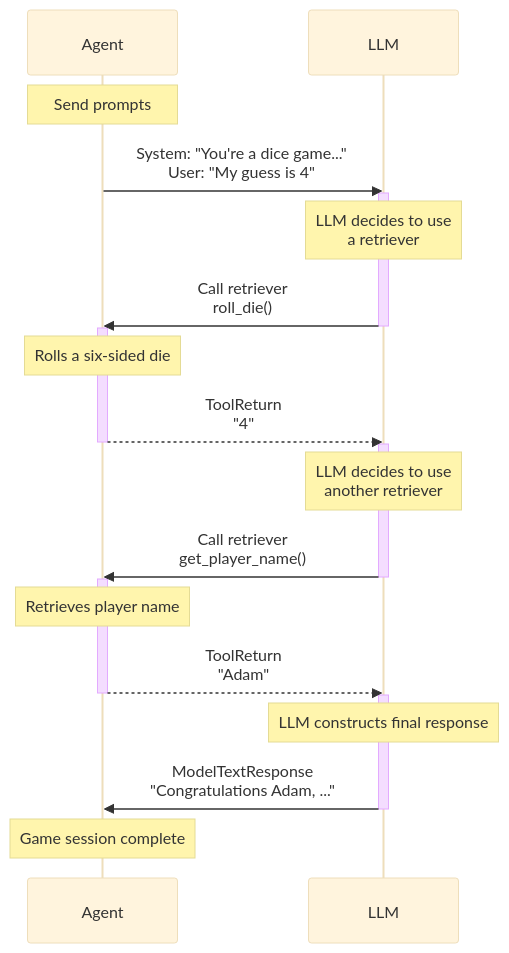
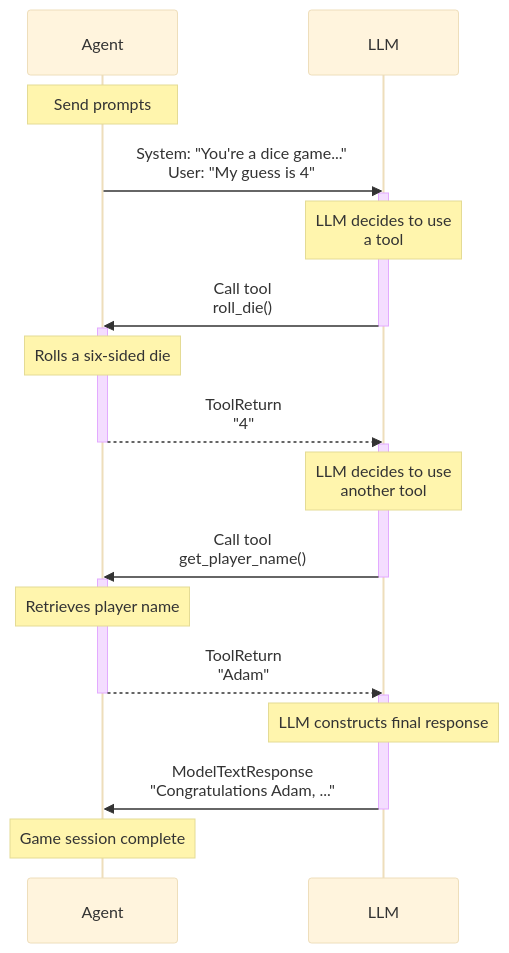
The diagram in docs/agents.md (pydantic/pydantic-ai), drawn with Mermaid (base theme) before and after one commit. The commit also changed other lines of this file and 29 other files, not shown here.

````diff
--- a/docs/agents.md
+++ b/docs/agents.md
@@ -292,33 +292,33 @@
 ```mermaid
 sequenceDiagram
     participant Agent
     participant LLM
 
     Note over Agent: Send prompts
     Agent ->> LLM: System: "You're a dice game..."<br>User: "My guess is 4"
     activate LLM
-    Note over LLM: LLM decides to use<br>a retriever
+    Note over LLM: LLM decides to use<br>a tool
 
-    LLM ->> Agent: Call retriever<br>roll_die()
+    LLM ->> Agent: Call tool<br>roll_die()
     deactivate LLM
     activate Agent
     Note over Agent: Rolls a six-sided die
 
     Agent -->> LLM: ToolReturn<br>"4"
     deactivate Agent
     activate LLM
-    Note over LLM: LLM decides to use<br>another retriever
+    Note over LLM: LLM decides to use<br>another tool
 
-    LLM ->> Agent: Call retriever<br>get_player_name()
+    LLM ->> Agent: Call tool<br>get_player_name()
     deactivate LLM
     activate Agent
     Note over Agent: Retrieves player name
     Agent -->> LLM: ToolReturn<br>"Adam"
     deactivate Agent
     activate LLM
     Note over LLM: LLM constructs final response
 
     LLM ->> Agent: ModelTextResponse<br>"Congratulations Adam, ..."
     deactivate LLM
     Note over Agent: Game session complete
 ```
````
